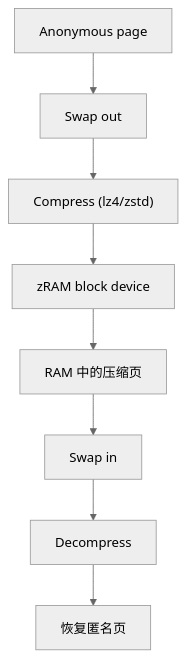
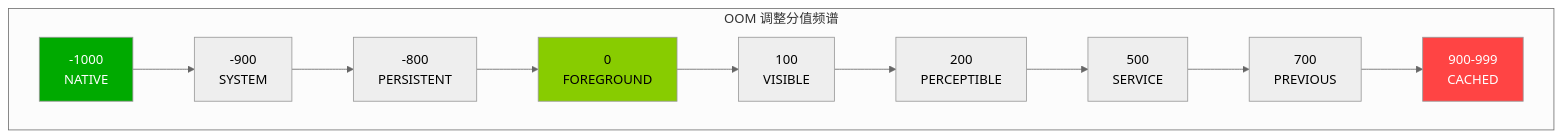
Before and after one commit to fwrite0920/aosp-internal-book: the sixth of 20 diagrams in 08-memory-management-zh.md, drawn with Mermaid (neutral theme). The commit also changed other lines of this file and 63 other files, not shown here.

````diff
--- a/08-memory-management-zh.md
+++ b/08-memory-management-zh.md
@@ -358,10 +416,14 @@
 ```mermaid
-graph TD
-    A["Anonymous page"] --> B["Swap out"]
-    B --> C["Compress (lz4/zstd)"]
-    C --> D["zRAM block device"]
-    D --> E["RAM 中的压缩页"]
-    E --> F["Swap in"]
-    F --> G["Decompress"]
-    G --> H["恢复匿名页"]
+graph LR
+    subgraph "OOM 调整分值频谱"
+        direction LR
+        A["-1000<br/>NATIVE"] --> B["-900<br/>SYSTEM"] --> C["-800<br/>PERSISTENT"]
+        C --> D["0<br/>FOREGROUND"] --> E["100<br/>VISIBLE"]
+        E --> F["200<br/>PERCEPTIBLE"] --> G["500<br/>SERVICE"]
+        G --> H["700<br/>PREVIOUS"] --> I["900-999<br/>CACHED"]
+    end
+
+    style A fill:#00aa00,color:#fff
+    style D fill:#88cc00,color:#000
+    style I fill:#ff4444,color:#fff
 ```
````
